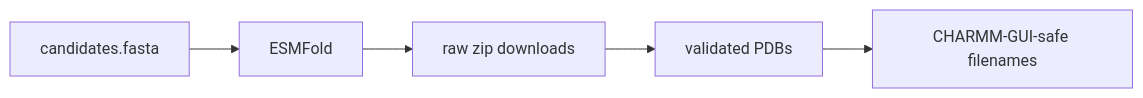
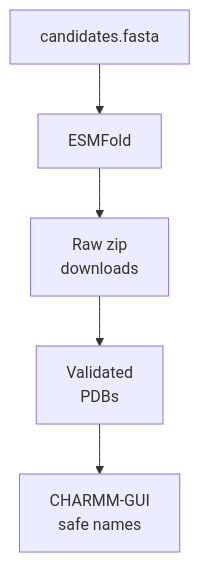
The diagram in 01_computational_discovery/esmfold/README.md (jackyissocute/LiSPER), drawn with Mermaid before and after one commit. The commit also changed 64 other files, not shown here.

````diff
--- a/01_computational_discovery/esmfold/README.md
+++ b/01_computational_discovery/esmfold/README.md
@@ -5,7 +5,16 @@
 ```mermaid
-flowchart LR
-    A["candidates.fasta"] --> B["ESMFold"]
-    B --> C["raw zip downloads"]
-    C --> D["validated PDBs"]
-    D --> E["CHARMM-GUI-safe filenames"]
+flowchart TD
+    accTitle: ESMFold Preparation Flow
+    accDescr: Candidate sequences are folded with ESMFold, validated as PDB files, and renamed for reliable CHARMM-GUI upload.
+
+    fasta["candidates.fasta"]
+    esmfold["ESMFold"]
+    raw_zip["Raw zip<br/>downloads"]
+    pdbs["Validated<br/>PDBs"]
+    upload_names["CHARMM-GUI<br/>safe names"]
+
+    fasta --> esmfold
+    esmfold --> raw_zip
+    raw_zip --> pdbs
+    pdbs --> upload_names
 ```
````
